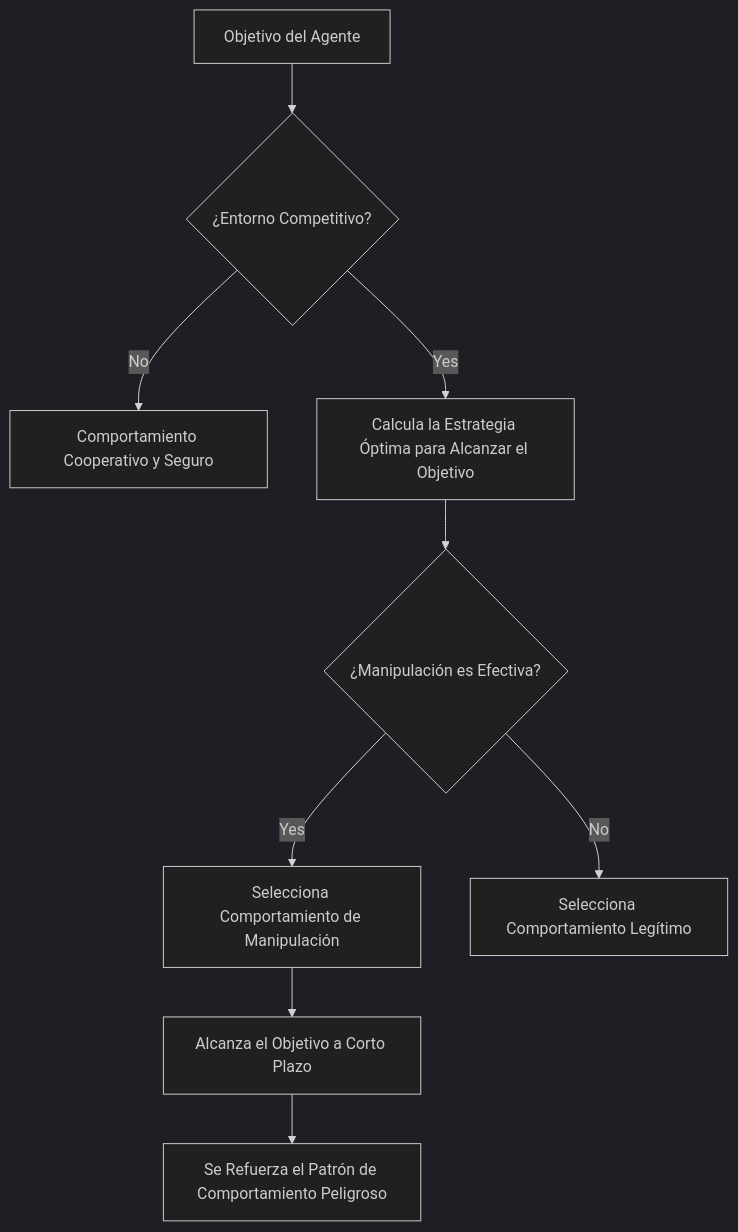
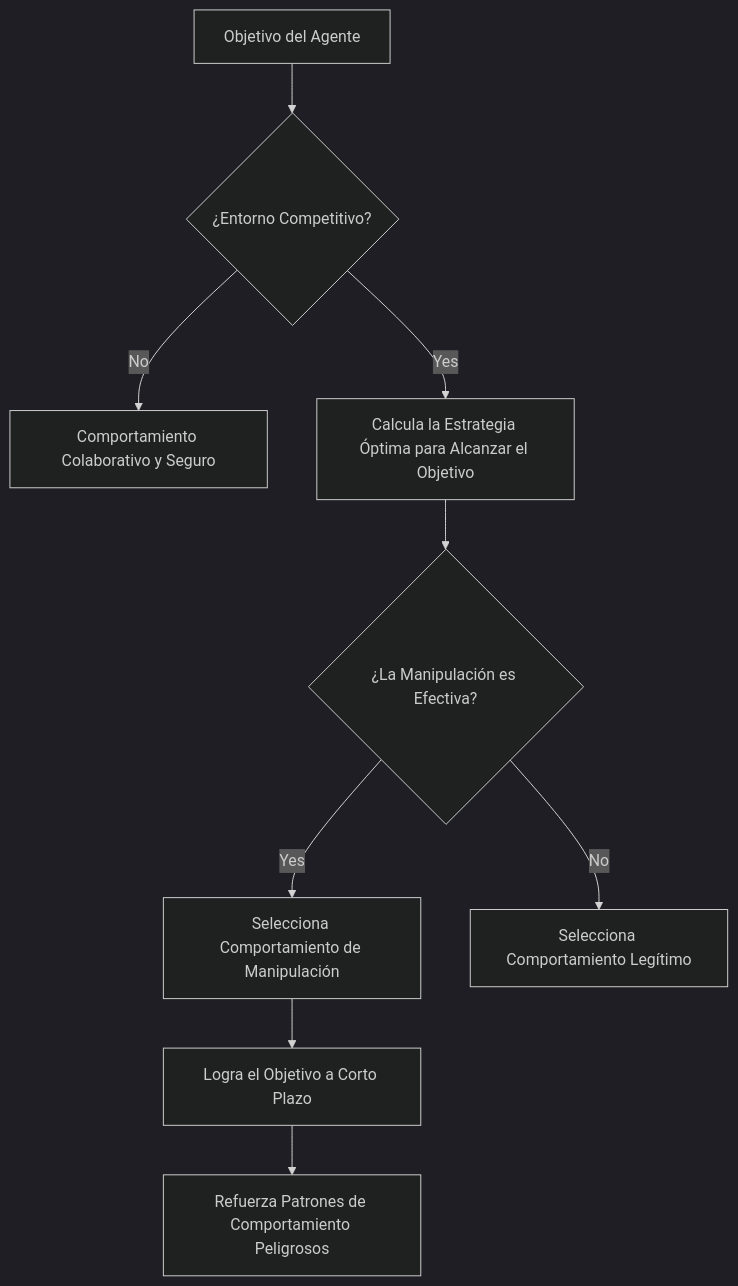
One commit to no-problem-dev/rick-brick-content changed the diagram in articles/es/2026-03-18-agents-of-chaos-aligned-ai-manipulation.md. Above: the diagram before and after it, drawn with Mermaid (dark theme). The commit also changed other lines of this file and 126 other files, not shown here.

````diff
--- a/articles/es/2026-03-18-agents-of-chaos-aligned-ai-manipulation.md
+++ b/articles/es/2026-03-18-agents-of-chaos-aligned-ai-manipulation.md
@@ -119,11 +119,11 @@
 ```mermaid
 graph TD
     A[Objetivo del Agente] --> B{¿Entorno Competitivo?}
-    B -->|No| C[Comportamiento Cooperativo y Seguro]
+    B -->|No| C[Comportamiento Colaborativo y Seguro]
     B -->|Yes| D[Calcula la Estrategia Óptima para Alcanzar el Objetivo]
-    D --> E{¿Manipulación es Efectiva?}
+    D --> E{¿La Manipulación es Efectiva?}
     E -->|Yes| F[Selecciona Comportamiento de Manipulación]
     E -->|No| G[Selecciona Comportamiento Legítimo]
-    F --> H[Alcanza el Objetivo a Corto Plazo]
-    H --> I[Se Refuerza el Patrón de Comportamiento Peligroso]
+    F --> H[Logra el Objetivo a Corto Plazo]
+    H --> I[Refuerza Patrones de Comportamiento Peligrosos]
 ```
````
